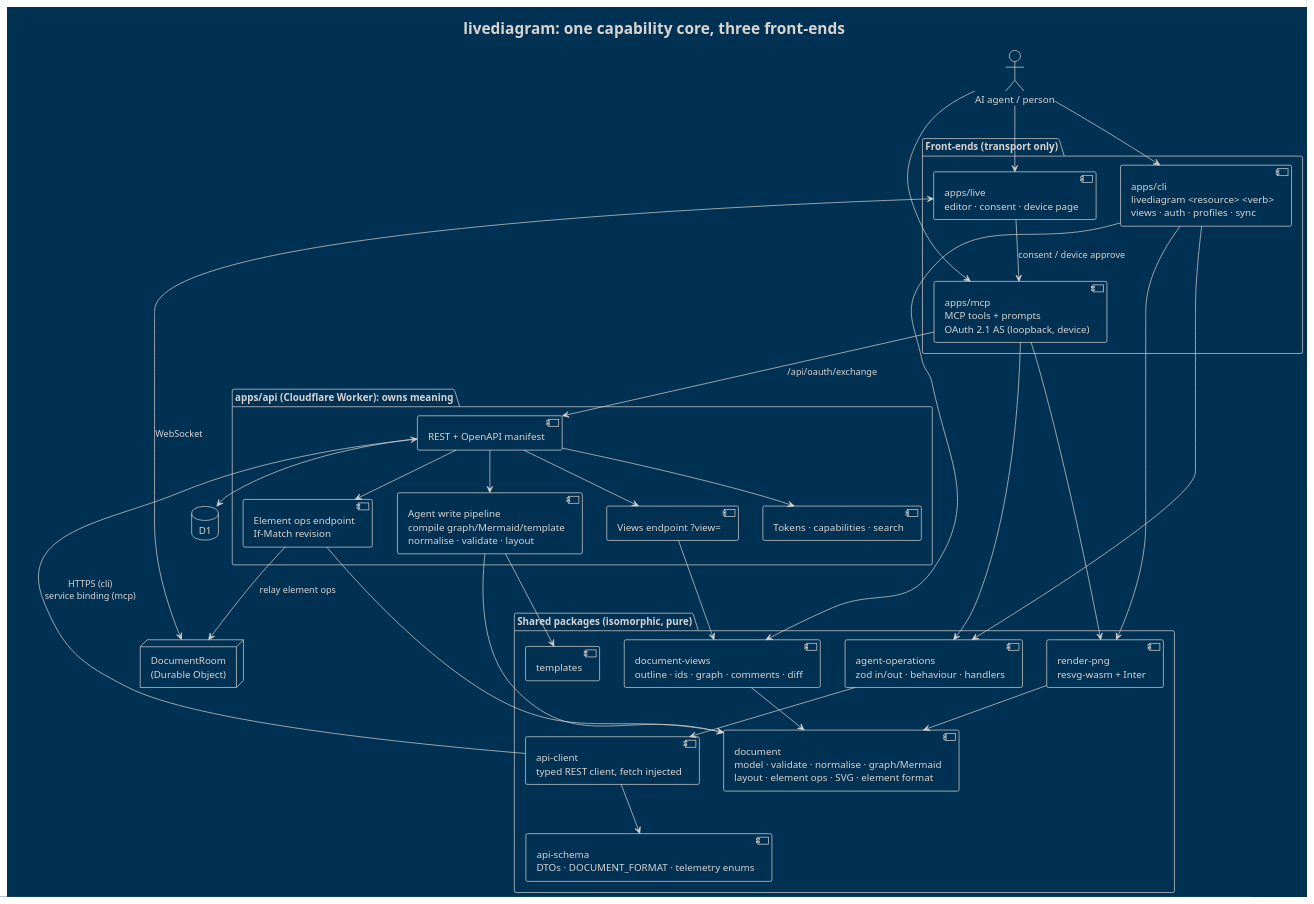
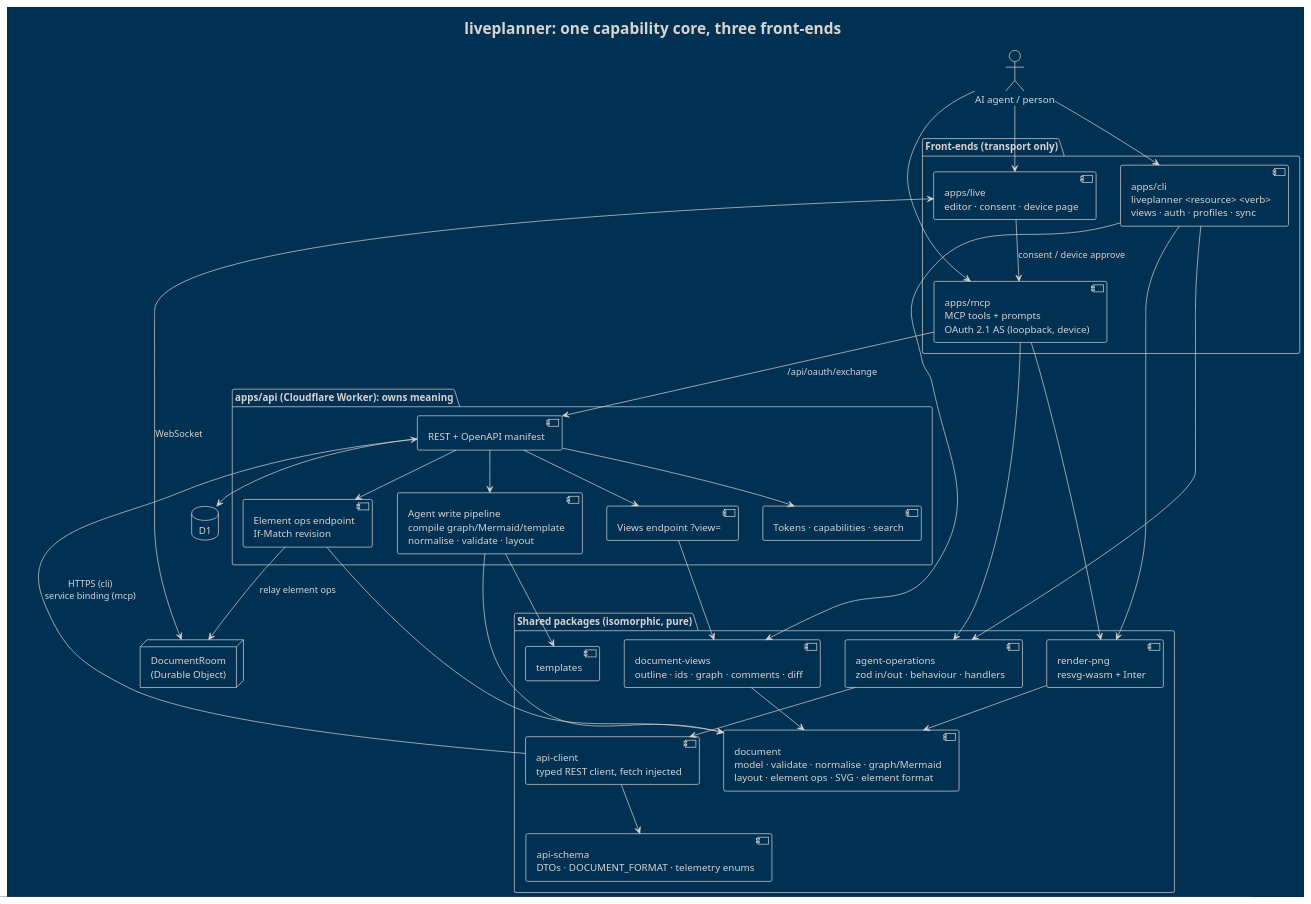
The diagram in docs/research/agent-cli/shared-core-architecture.md (livediagram-app/livediagram.app), drawn with PlantUML before and after one commit. The commit also changed other lines of this file and 5245 other files, not shown here.

First line of the commit message:
Rebrand to liveplanner and isolate from livediagram's infrastructure

````diff
--- a/docs/research/agent-cli/shared-core-architecture.md
+++ b/docs/research/agent-cli/shared-core-architecture.md
@@ -250,65 +250,65 @@
 ```plantuml
 @startuml
 !theme blueprint
-title livediagram: one capability core, three front-ends
+title liveplanner: one capability core, three front-ends
 
 actor "AI agent / person" as user
 
 package "Front-ends (transport only)" {
-  [apps/cli\nlivediagram <resource> <verb>\nviews · auth · profiles · sync] as cli
+  [apps/cli\nliveplanner <resource> <verb>\nviews · auth · profiles · sync] as cli
   [apps/mcp\nMCP tools + prompts\nOAuth 2.1 AS (loopback, device)] as mcp
   [apps/live\neditor · consent · device page] as live
 }
 
 package "Shared packages (isomorphic, pure)" {
   [agent-operations\nzod in/out · behaviour · handlers] as ops
   [api-client\ntyped REST client, fetch injected] as client
   [document-views\noutline · ids · graph · comments · diff] as views
   [render-png\nresvg-wasm + Inter] as png
   [document\nmodel · validate · normalise · graph/Mermaid\nlayout · element ops · SVG · element format] as doc
   [templates] as tpl
   [api-schema\nDTOs · DOCUMENT_FORMAT · telemetry enums] as schema
 }
 
 package "apps/api (Cloudflare Worker): owns meaning" {
   [REST + OpenAPI manifest] as rest
   [Agent write pipeline\ncompile graph/Mermaid/template\nnormalise · validate · layout] as pipeline
   [Element ops endpoint\nIf-Match revision] as opsep
   [Views endpoint ?view=] as viewep
   [Tokens · capabilities · search] as tokens
 }
 
 database "D1" as d1
 node "DocumentRoom\n(Durable Object)" as room
 
 user --> cli
 user --> mcp
 user --> live
 
 cli --> ops
 mcp --> ops
 cli --> views
 cli --> png
 mcp --> png
 ops --> client
 client --> rest : HTTPS (cli)\nservice binding (mcp)
 
 rest --> pipeline
 rest --> opsep
 rest --> viewep
 rest --> tokens
 pipeline --> doc
 pipeline --> tpl
 opsep --> doc
 viewep --> views
 views --> doc
 png --> doc
 client --> schema
 
 opsep --> room : relay element ops
 live <--> room : WebSocket
 rest --> d1
 mcp --> rest : /api/oauth/exchange
 live --> mcp : consent / device approve
 @enduml
 ```
````
